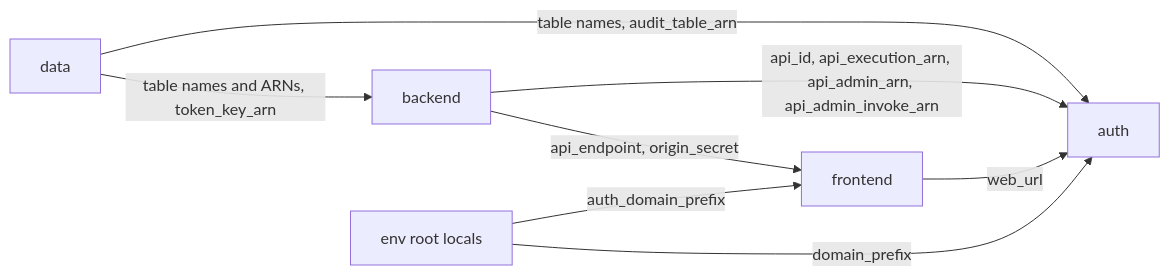
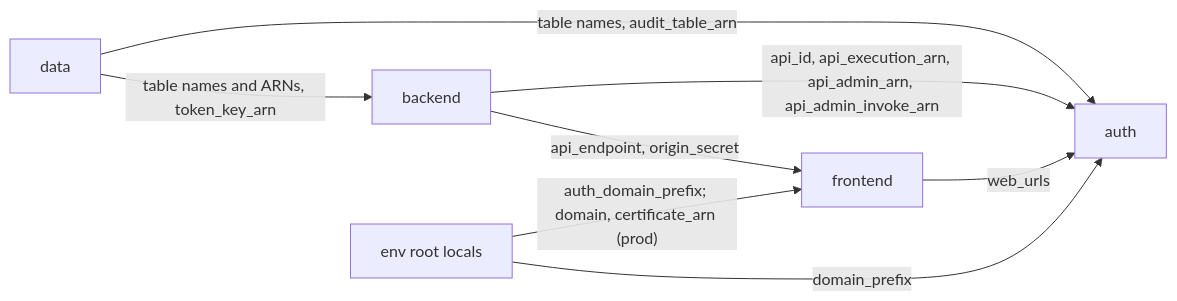
One commit to alexandresilvestri/tecnofit-auto-checkin changed the first of 2 diagrams in docs/infrastructure.md. Above: the diagram before and after it, drawn with Mermaid. The commit also changed other lines of this file and 10 other files, not shown here.

First line of the commit message:
fix(infra): manage prod custom domain in terraform and allow it in cognito callbacks (#14)

````diff
--- a/docs/infrastructure.md
+++ b/docs/infrastructure.md
@@ -58,15 +58,15 @@
 ```mermaid
 flowchart LR
   root["env root locals"]
   data["data"]
   backend["backend"]
   frontend["frontend"]
   auth["auth"]
   data -->|"table names and ARNs, token_key_arn"| backend
   data -->|"table names, audit_table_arn"| auth
   backend -->|"api_endpoint, origin_secret"| frontend
   backend -->|"api_id, api_execution_arn, api_admin_arn, api_admin_invoke_arn"| auth
-  frontend -->|"web_url"| auth
-  root -->|"auth_domain_prefix"| frontend
+  frontend -->|"web_urls"| auth
+  root -->|"auth_domain_prefix; domain, certificate_arn (prod)"| frontend
   root -->|"domain_prefix"| auth
 ```
````
